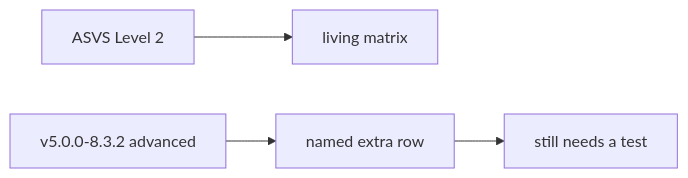
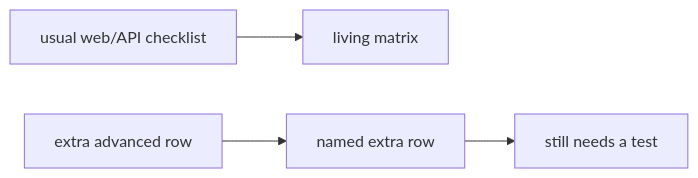
Before and after one commit to ishitvagoel/LearnSecurity: the second of 2 diagrams in content/modules/9/9.1/lessons/02-model.md, drawn with Mermaid. The commit also changed other lines of this file and 39 other files, not shown here.

````diff
--- a/content/modules/9/9.1/lessons/02-model.md
+++ b/content/modules/9/9.1/lessons/02-model.md
@@ -24,6 +27,6 @@
 ```mermaid
 flowchart LR
-  L2["ASVS Level 2"] --> Matrix[living matrix]
-  L3["v5.0.0-8.3.2 advanced"] --> Extra[named extra row]
+  L2[usual web/API checklist] --> Matrix[living matrix]
+  L3[extra advanced row] --> Extra[named extra row]
   Extra --> StillTest[still needs a test]
 ```
````
